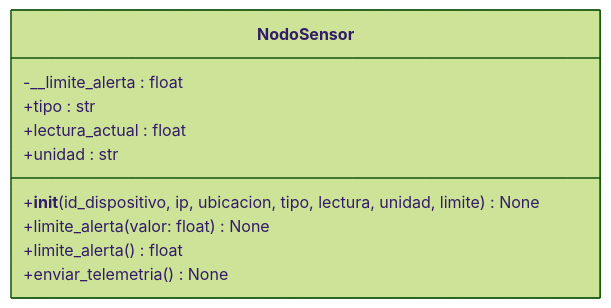
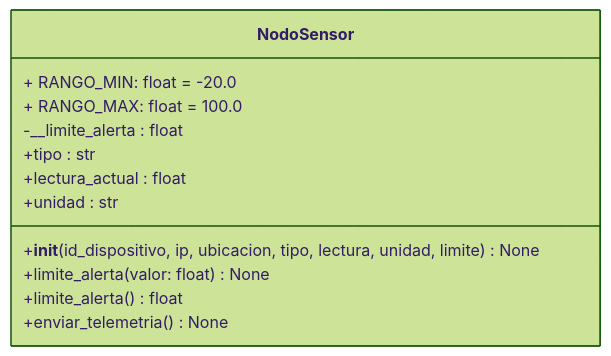
Before and after one commit to AndreVg4/POO_Equipo5: the diagram in practica_02/docs/NodoSensorUML.md, drawn with Mermaid (forest theme).

````diff
--- a/practica_02/docs/NodoSensorUML.md
+++ b/practica_02/docs/NodoSensorUML.md
@@ -1,13 +1,15 @@
 ```mermaid
 classDiagram
     class NodoSensor {
+        + RANGO_MIN: float = -20.0
+        + RANGO_MAX: float = 100.0
         -__limite_alerta : float
         +tipo : str
         +lectura_actual : float
         +unidad : str
         +__init__(id_dispositivo, ip, ubicacion, tipo, lectura, unidad, limite) None
         +limite_alerta(valor: float) None
         +limite_alerta() float
         +enviar_telemetria() None
     }
 ```
````
